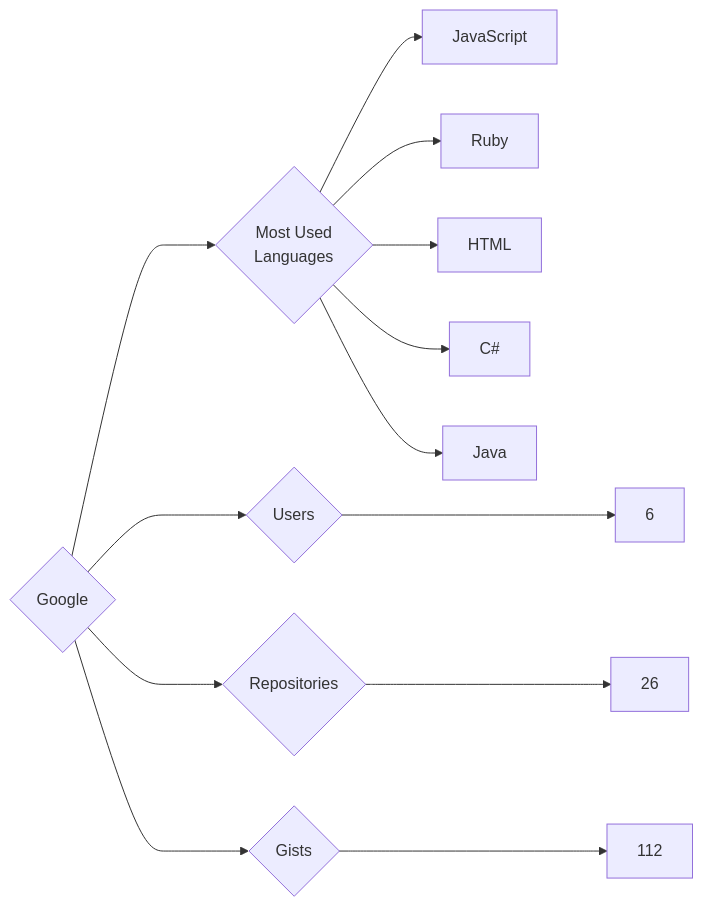
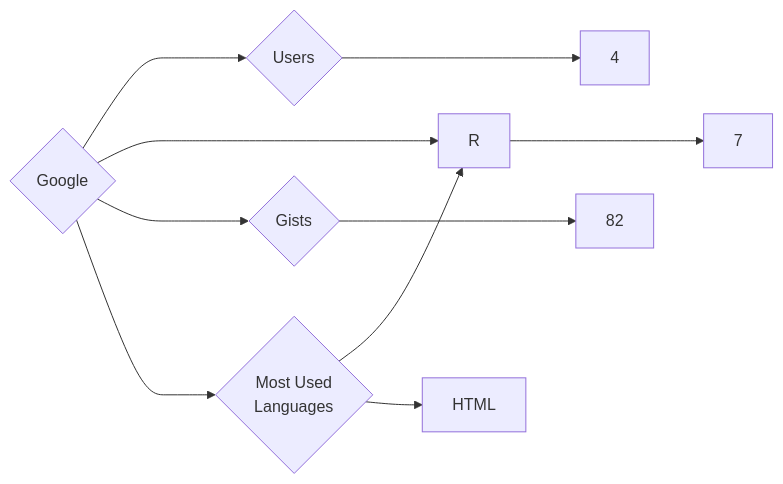
Before and after one commit to trickest/insiders: the diagram in targets/Google/README.md, drawn with Mermaid. The commit also changed 1089 other files, not shown here.

````diff
--- a/targets/Google/README.md
+++ b/targets/Google/README.md
@@ -3,13 +3,10 @@
 ```mermaid
 graph LR
 COMPANY_NAME{Google}
-COMPANY_NAME ---> U{Users} ---> UN[6]
-COMPANY_NAME ---> R{Repositories} ---> RN[26]
-COMPANY_NAME ---> G{Gists} ---> GN[112]
+COMPANY_NAME ---> U{Users} ---> UN[4]
+COMPANY_NAME ---> R{Repositories} ---> RN[7]
+COMPANY_NAME ---> G{Gists} ---> GN[82]
 COMPANY_NAME ---> ML{Most Used<br>Languages}
-ML --> JavaScript[JavaScript]
-ML --> Ruby[Ruby]
+ML --> R[R]
 ML --> HTML[HTML]
-ML --> C#[C#]
-ML --> Java[Java]
 ```
````
